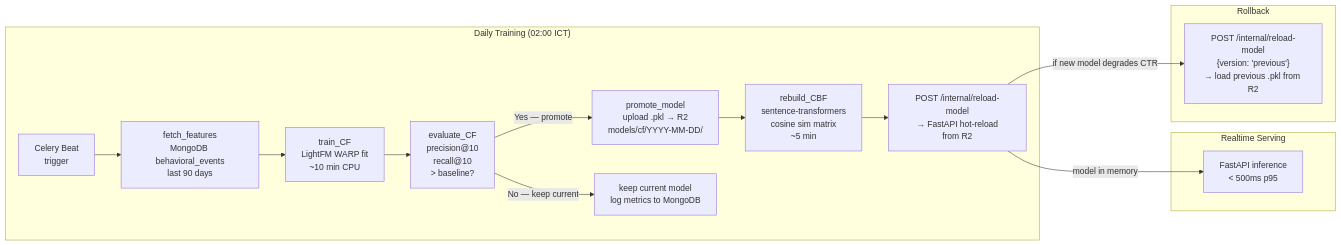
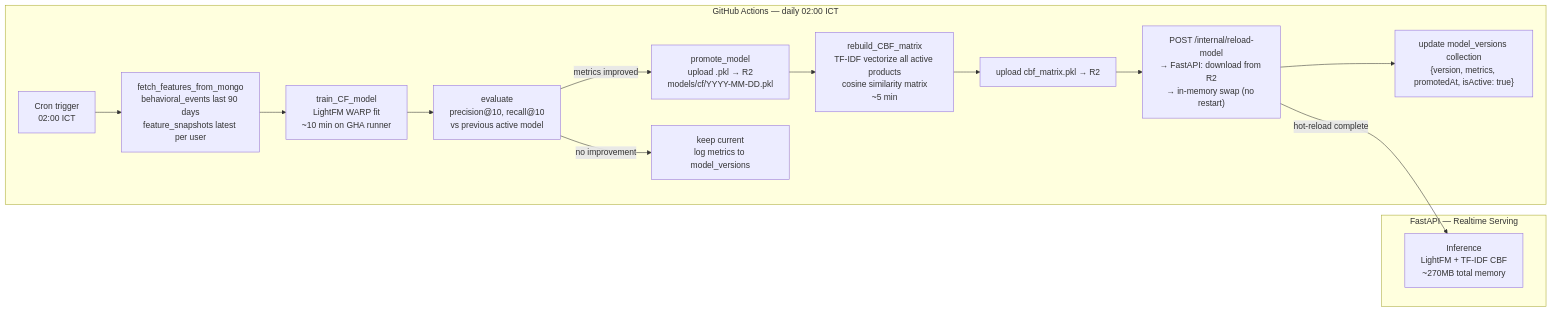
Before and after one commit to Neil-06-hub/SMART-ECOMMERCE-AI-SYSTEM-WORKFLOW-PUBLIC: the fifth of 7 diagrams in docs/ARCHITECTURE.md, drawn with Mermaid. The commit also changed other lines of this file and 3 other files, not shown here.

Commit message:
docs: v2.0.0 - apply MVP scope decisions (cut Cloudflare CDN, Sentry, Resend; add error_logs, Gmail SMTP, Atlas Search, GitHub Actions ML pipeline)

````diff
--- a/docs/ARCHITECTURE.md
+++ b/docs/ARCHITECTURE.md
@@ -336,21 +387,19 @@
 ```mermaid
 graph LR
-    subgraph "Daily Training (02:00 ICT)"
-        BEAT["Celery Beat\ntrigger"]
-        BEAT --> FETCH["fetch_features\nMongoDB behavioral_events\nlast 90 days"]
-        FETCH --> TRAIN_CF["train_CF\nLightFM WARP fit\n~10 min CPU"]
-        TRAIN_CF --> EVAL["evaluate_CF\nprecision@10\nrecall@10\n> baseline?"]
-        EVAL -->|"Yes — promote"| PROMOTE["promote_model\nupload .pkl → R2\nmodels/cf/YYYY-MM-DD/"]
-        EVAL -->|"No — keep current"| KEEP["keep current model\nlog metrics to MongoDB"]
-        PROMOTE --> REBUILD["rebuild_CBF\nsentence-transformers\ncosine sim matrix\n~5 min"]
-        REBUILD --> RELOAD["POST /internal/reload-model\n→ FastAPI hot-reload\nfrom R2"]
+    subgraph "GitHub Actions — daily 02:00 ICT"
+        GHA["Cron trigger\n02:00 ICT"]
+        GHA --> FETCH["fetch_features_from_mongo\nbehavioral_events last 90 days\nfeature_snapshots latest per user"]
+        FETCH --> TRAIN_CF["train_CF_model\nLightFM WARP fit\n~10 min on GHA runner"]
+        TRAIN_CF --> EVAL["evaluate\nprecision@10, recall@10\nvs previous active model"]
+        EVAL -->|"metrics improved"| PROMOTE["promote_model\nupload .pkl → R2\nmodels/cf/YYYY-MM-DD.pkl"]
+        EVAL -->|"no improvement"| KEEP["keep current\nlog metrics to model_versions"]
+        PROMOTE --> REBUILD["rebuild_CBF_matrix\nTF-IDF vectorize all active products\ncosine similarity matrix\n~5 min"]
+        REBUILD --> UPLOAD_CBF["upload cbf_matrix.pkl → R2"]
+        UPLOAD_CBF --> RELOAD["POST /internal/reload-model\n→ FastAPI: download from R2\n→ in-memory swap (no restart)"]
+        RELOAD --> NOTIFY["update model_versions collection\n{version, metrics, promotedAt, isActive: true}"]
     end
 
-    subgraph "Realtime Serving"
-        RELOAD -->|"model in memory"| INFER["FastAPI inference\n< 500ms p95"]
-    end
-
-    subgraph "Rollback"
-        RELOAD -->|"if new model degrades CTR"| ROLLBACK["POST /internal/reload-model\n{version: 'previous'}\n→ load previous .pkl from R2"]
+    subgraph "FastAPI — Realtime Serving"
+        RELOAD -->|"hot-reload complete"| SERVE["Inference\nLightFM + TF-IDF CBF\n~270MB total memory"]
     end
 ```
````
